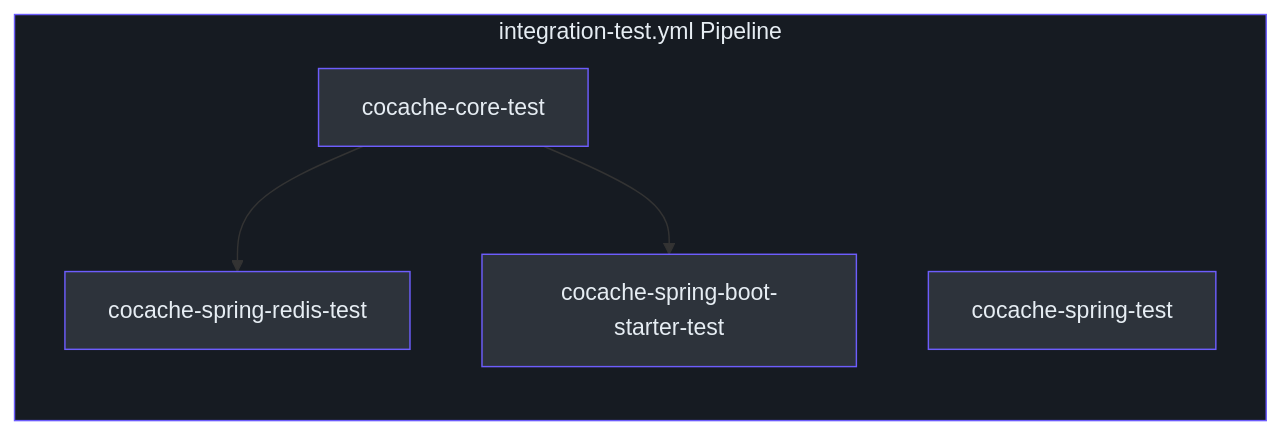
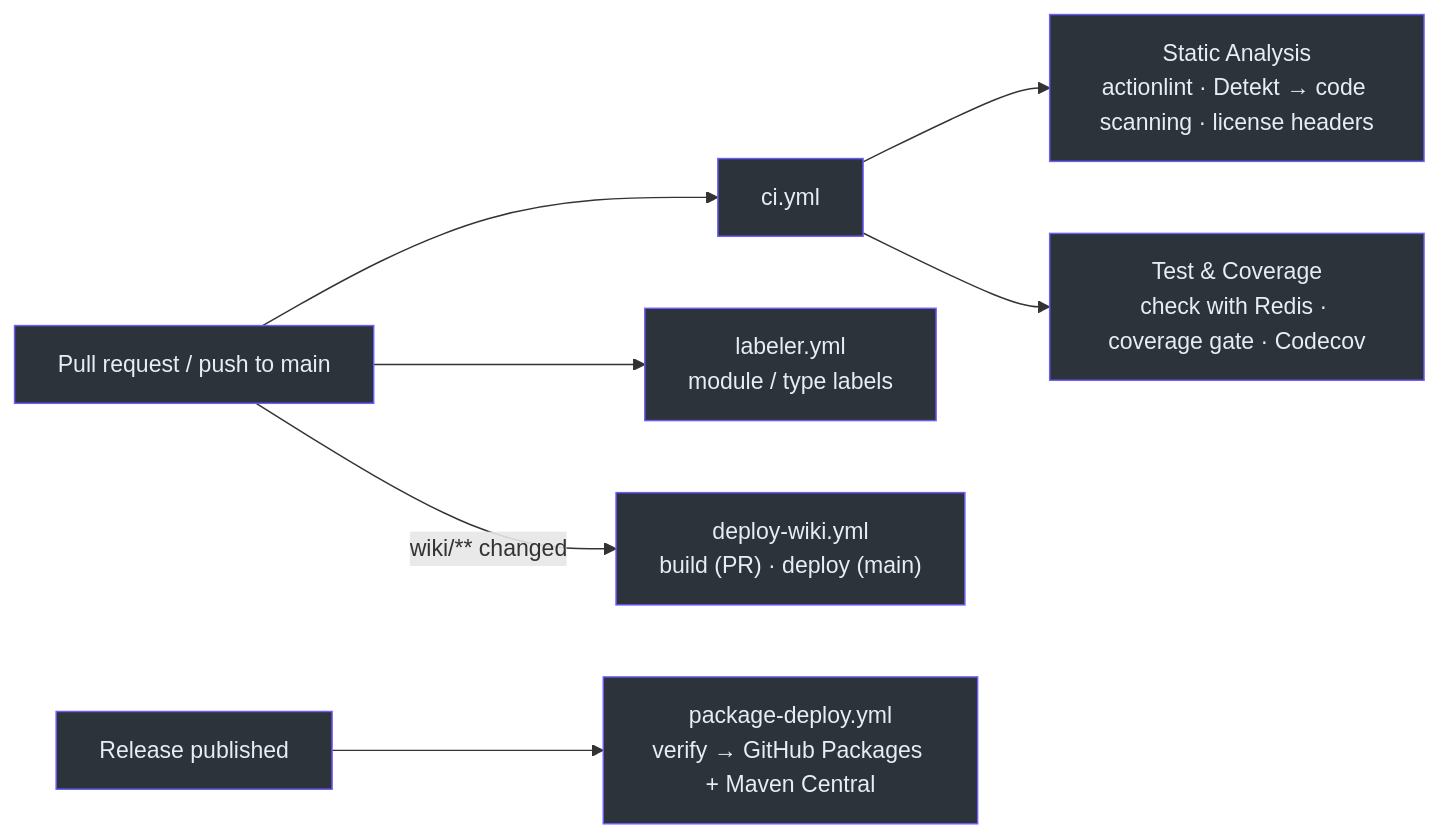
Before and after one commit to Ahoo-Wang/CoCache: the fourth of 4 diagrams in wiki/building/index.md, drawn with Mermaid. The commit also changed other lines of this file and 19 other files, not shown here.

````diff
--- a/wiki/building/index.md
+++ b/wiki/building/index.md
@@ -348,14 +308,18 @@
 ```mermaid
-graph TD
-    subgraph IntegrationTest["integration-test.yml Pipeline"]
-        direction TB
-        CORE["cocache-core-test"] --> REDIS_TEST["cocache-spring-redis-test"]
-        CORE --> BOOT_TEST["cocache-spring-boot-starter-test"]
-        SPRING_TEST["cocache-spring-test"]
-    end
-    style IntegrationTest fill:#161b22,stroke:#6d5dfc,color:#e6edf3
-    style CORE fill:#2d333b,stroke:#6d5dfc,color:#e6edf3
-    style SPRING_TEST fill:#2d333b,stroke:#6d5dfc,color:#e6edf3
-    style REDIS_TEST fill:#2d333b,stroke:#6d5dfc,color:#e6edf3
-    style BOOT_TEST fill:#2d333b,stroke:#6d5dfc,color:#e6edf3
+graph LR
+    PR["Pull request / push to main"] --> CI["ci.yml"]
+    CI --> SA["Static Analysis<br>actionlint · Detekt → code scanning · license headers"]
+    CI --> TC["Test & Coverage<br>check with Redis · coverage gate · Codecov"]
+    PR --> LB["labeler.yml<br>module / type labels"]
+    PR -->|wiki/** changed| WK["deploy-wiki.yml<br>build (PR) · deploy (main)"]
+    REL["Release published"] --> DEP["package-deploy.yml<br>verify → GitHub Packages + Maven Central"]
+
+    style PR fill:#2d333b,stroke:#6d5dfc,color:#e6edf3
+    style CI fill:#2d333b,stroke:#6d5dfc,color:#e6edf3
+    style SA fill:#2d333b,stroke:#6d5dfc,color:#e6edf3
+    style TC fill:#2d333b,stroke:#6d5dfc,color:#e6edf3
+    style LB fill:#2d333b,stroke:#6d5dfc,color:#e6edf3
+    style WK fill:#2d333b,stroke:#6d5dfc,color:#e6edf3
+    style REL fill:#2d333b,stroke:#6d5dfc,color:#e6edf3
+    style DEP fill:#2d333b,stroke:#6d5dfc,color:#e6edf3
 ```
````
